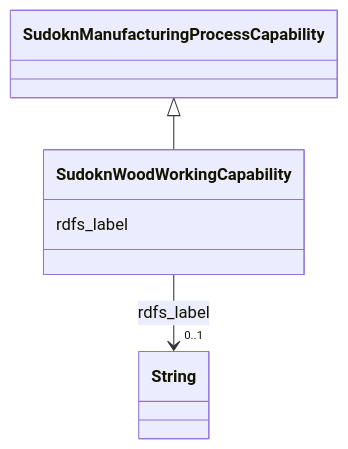
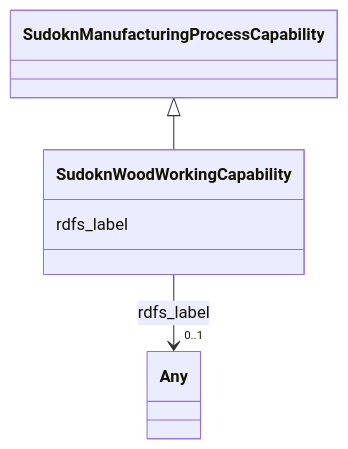
One commit to frink-okn/graph-descriptions changed the diagram in sudokn-kg/classes/SudoknWoodWorkingCapability.md. Above: the diagram before and after it, drawn with Mermaid. The commit also changed other lines of this file and 903 other files, not shown here.

````diff
--- a/sudokn-kg/classes/SudoknWoodWorkingCapability.md
+++ b/sudokn-kg/classes/SudoknWoodWorkingCapability.md
@@ -23,18 +18,18 @@
 ```mermaid
  classDiagram
     class SudoknWoodWorkingCapability
     click SudoknWoodWorkingCapability href "../SudoknWoodWorkingCapability"
       SudoknManufacturingProcessCapability <|-- SudoknWoodWorkingCapability
         click SudoknManufacturingProcessCapability href "../SudoknManufacturingProcessCapability"
       
       SudoknWoodWorkingCapability : rdfs_label
         
           
     
     
-    SudoknWoodWorkingCapability --> "0..1" String : rdfs_label
-    click String href "../String"
+    SudoknWoodWorkingCapability --> "0..1" Any : rdfs_label
+    click Any href "../Any"
 
         
       
 ```
````
